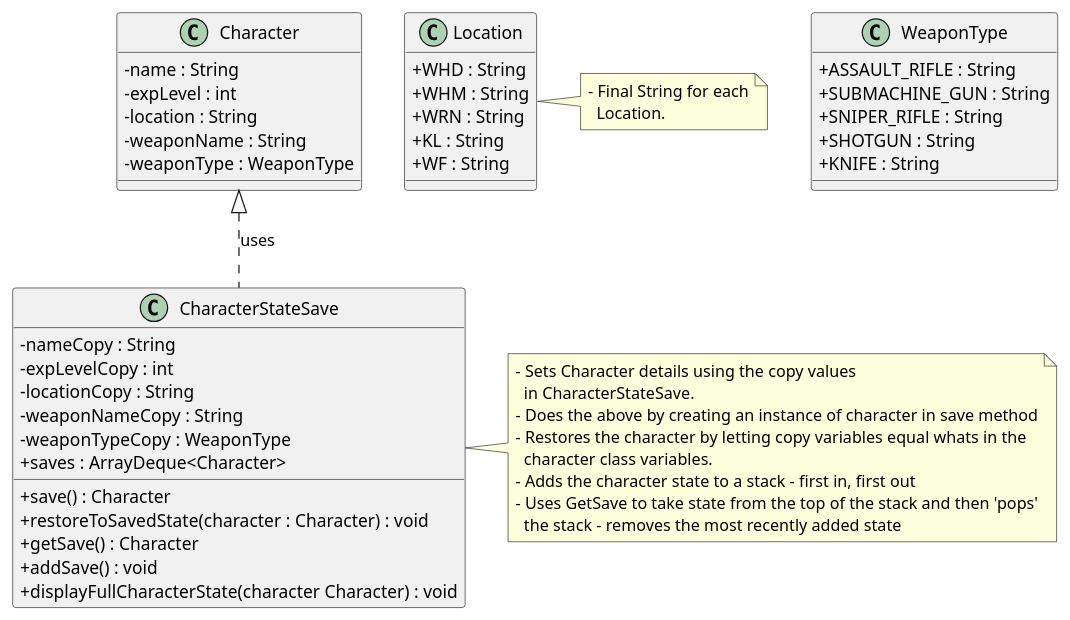
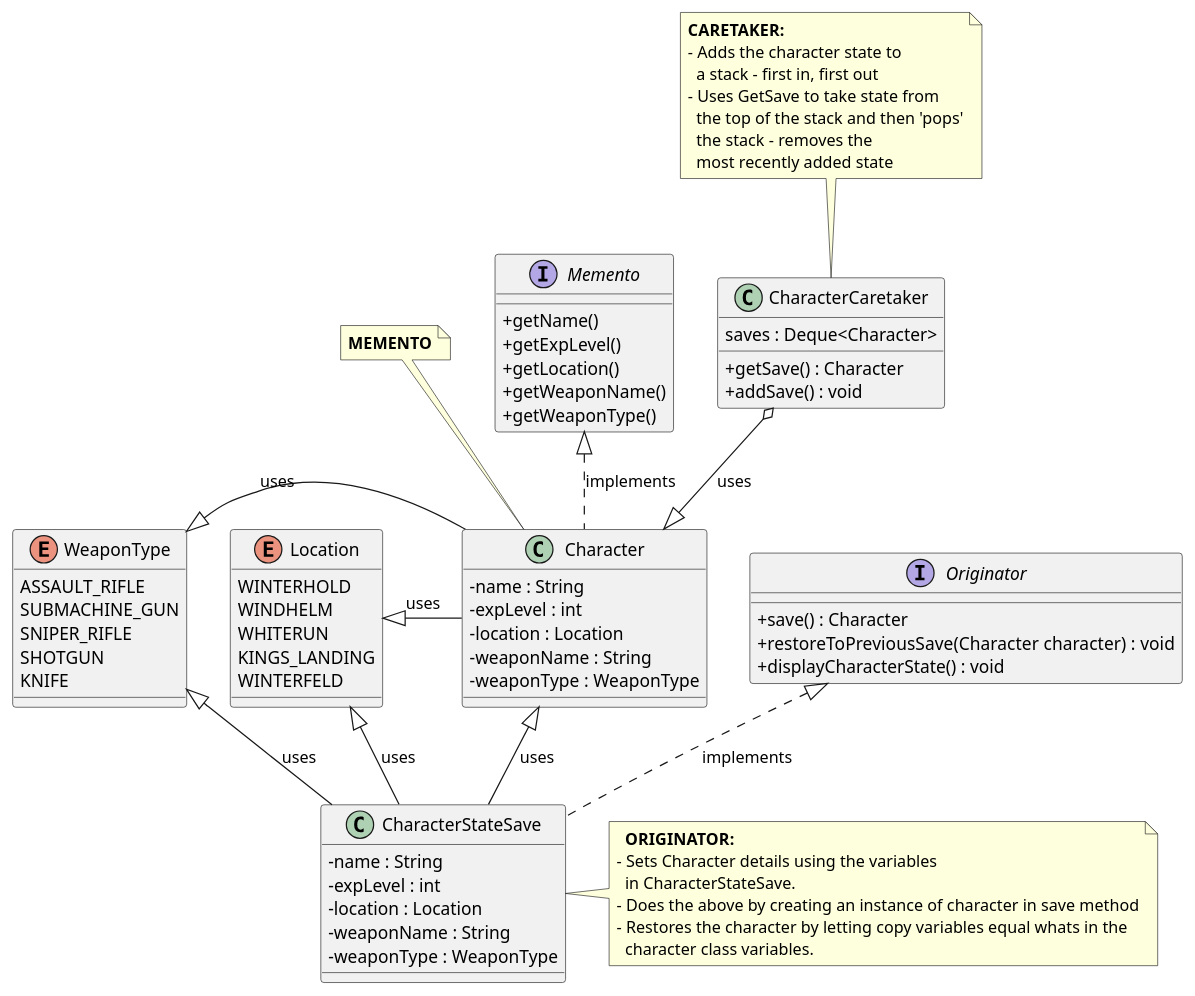
One commit to ShaneMcGinley/Memento changed the diagram in src/OpenWorldGame.puml. Above: the diagram before and after it, drawn with PlantUML.

Commit message:
Memento - Updated Annotations for UML Diagram

```diff
--- a/src/OpenWorldGame.puml
+++ b/src/OpenWorldGame.puml
@@ -1,62 +1,88 @@
 @startuml
 skinparam classAttributeIconSize 0
 
 class Character {
 - name : String
 - expLevel : int
-- location : String
+- location : Location
 - weaponName : String
 - weaponType : WeaponType
+}
 
+note top {
+<b>MEMENTO</b>
 }
 
 class CharacterStateSave {
-- nameCopy : String
-- expLevelCopy : int
-- locationCopy : String
-- weaponNameCopy : String
-- weaponTypeCopy : WeaponType
-+ saves : ArrayDeque<Character>
-
-+ save() : Character
-+ restoreToSavedState(character : Character) : void
-+ getSave() : Character
-+ addSave() : void
-+ displayFullCharacterState(character Character) : void
+- name : String
+- expLevel : int
+- location : Location
+- weaponName : String
+- weaponType : WeaponType
 }
 
 note right {
-- Sets Character details using the copy values
+  <b>ORIGINATOR:</b>
+- Sets Character details using the variables
   in CharacterStateSave.
 - Does the above by creating an instance of character in save method
 - Restores the character by letting copy variables equal whats in the
   character class variables.
-- Adds the character state to a stack - first in, first out
-- Uses GetSave to take state from the top of the stack and then 'pops'
-  the stack - removes the most recently added state
 }
 
-class WeaponType {
-+ ASSAULT_RIFLE : String
-+ SUBMACHINE_GUN : String
-+ SNIPER_RIFLE : String
-+ SHOTGUN : String
-+ KNIFE : String
+interface Memento {
++ getName()
++ getExpLevel()
++ getLocation()
++ getWeaponName()
++ getWeaponType()
 }
 
-class Location {
-+ WHD : String
-+ WHM : String
-+ WRN : String
-+ KL : String
-+ WF : String
+class CharacterCaretaker {
+saves : Deque<Character>
+
++ getSave() : Character
++ addSave() : void
 }
 
-note right {
-- Final String for each
-  Location.
+note top {
+<b>CARETAKER:</b>
+- Adds the character state to
+  a stack - first in, first out
+- Uses GetSave to take state from
+  the top of the stack and then 'pops'
+  the stack - removes the
+  most recently added state
 }
 
-Character <|.. CharacterStateSave : uses
+interface Originator {
++ save() : Character
++ restoreToPreviousSave(Character character) : void
++ displayCharacterState() : void
+}
 
+enum WeaponType {
+ASSAULT_RIFLE
+SUBMACHINE_GUN
+SNIPER_RIFLE
+SHOTGUN
+KNIFE
+}
+
+enum Location {
+WINTERHOLD
+WINDHELM
+WHITERUN
+KINGS_LANDING
+WINTERFELD
+}
+
+Character <|-- CharacterStateSave : uses
+WeaponType <|- Character : uses
+WeaponType <|- CharacterStateSave : uses
+Location <|- Character : uses
+Location <|- CharacterStateSave : uses
+CharacterCaretaker o--|> Character : uses
+Originator <|.. CharacterStateSave : implements
+Memento <|.. Character : implements
 @enduml
```
